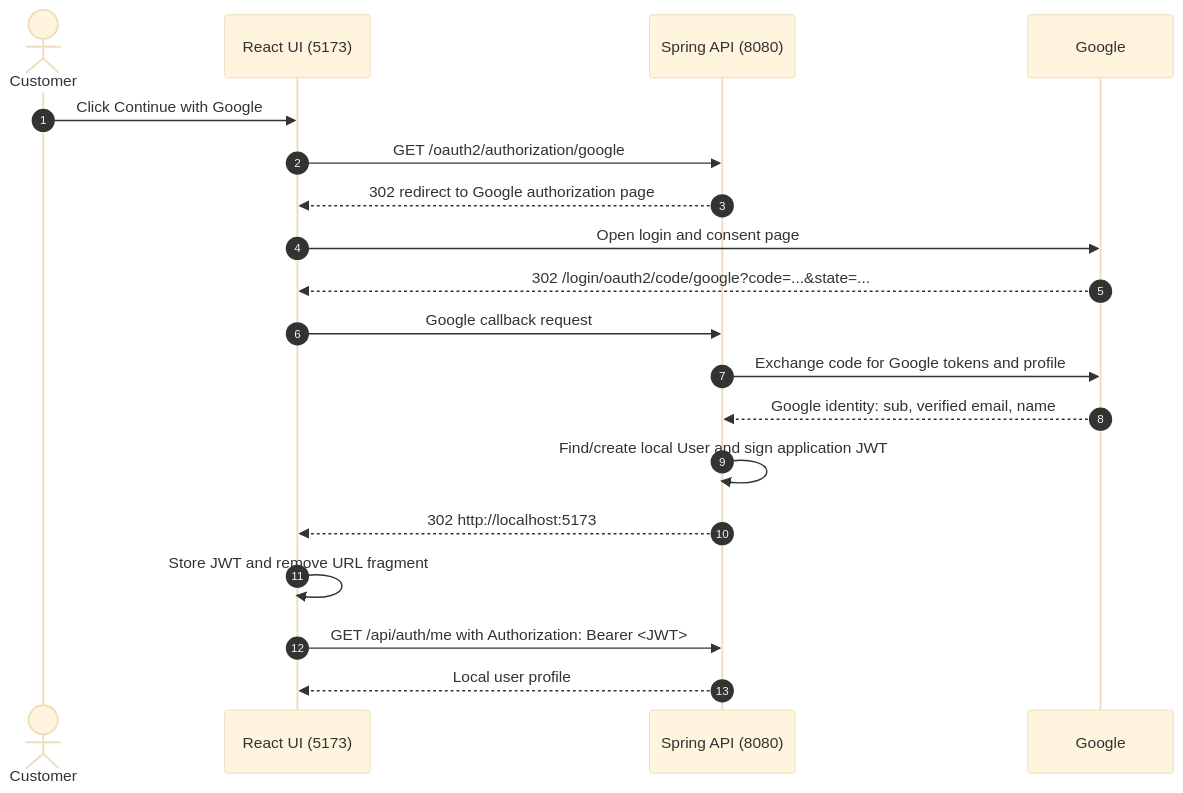
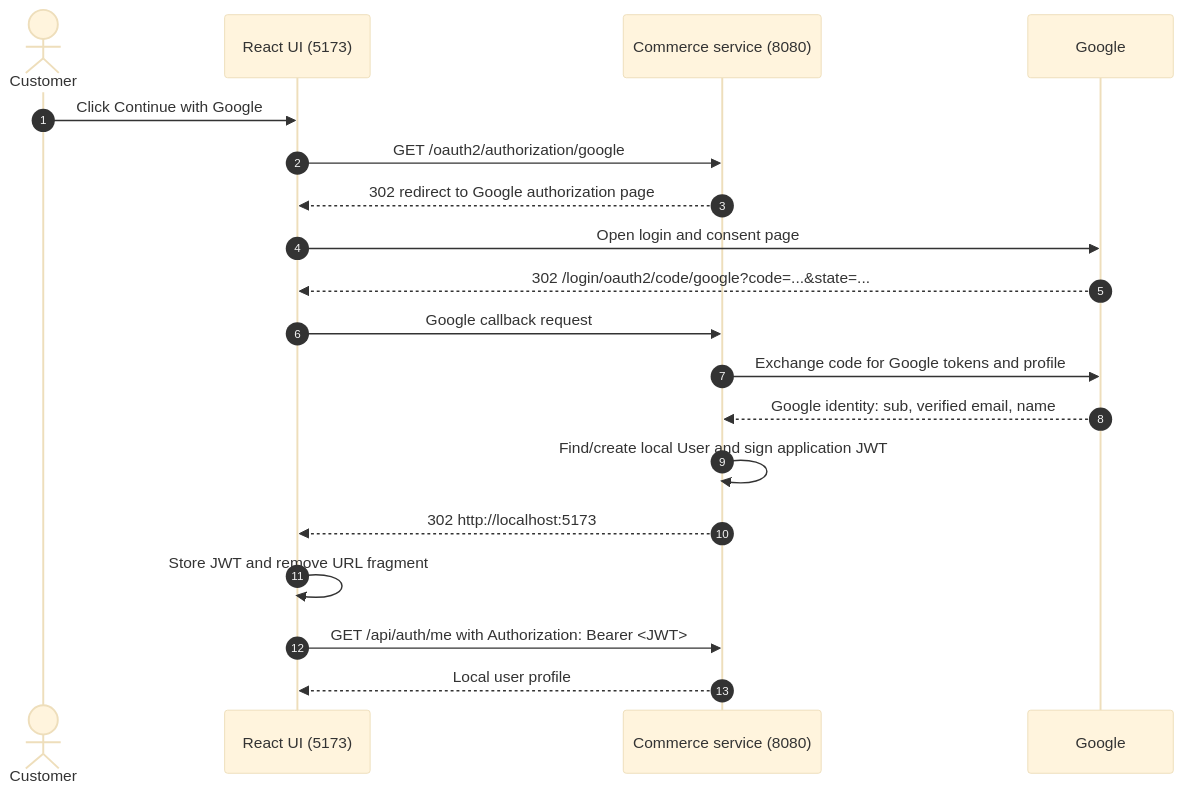
Before and after one commit to kenwan006/ecommerce-platform: the diagram in GOOGLE_OAUTH_JWT_FLOW.md, drawn with Mermaid (base theme). The commit also changed 5 other files, not shown here.

Commit message:
Document rebuilt service architecture

````diff
--- a/GOOGLE_OAUTH_JWT_FLOW.md
+++ b/GOOGLE_OAUTH_JWT_FLOW.md
@@ -5,22 +5,22 @@
 ```mermaid
 sequenceDiagram
     autonumber
     actor Customer
     participant UI as React UI (5173)
-    participant API as Spring API (8080)
+    participant API as Commerce service (8080)
     participant Google as Google
 
     Customer->>UI: Click Continue with Google
     UI->>API: GET /oauth2/authorization/google
     API-->>UI: 302 redirect to Google authorization page
     UI->>Google: Open login and consent page
     Google-->>UI: 302 /login/oauth2/code/google?code=...&state=...
     UI->>API: Google callback request
     API->>Google: Exchange code for Google tokens and profile
     Google-->>API: Google identity: sub, verified email, name
     API->>API: Find/create local User and sign application JWT
     API-->>UI: 302 http://localhost:5173#access_token=<JWT>
     UI->>UI: Store JWT and remove URL fragment
     UI->>API: GET /api/auth/me with Authorization: Bearer <JWT>
     API-->>UI: Local user profile
 ```
````
